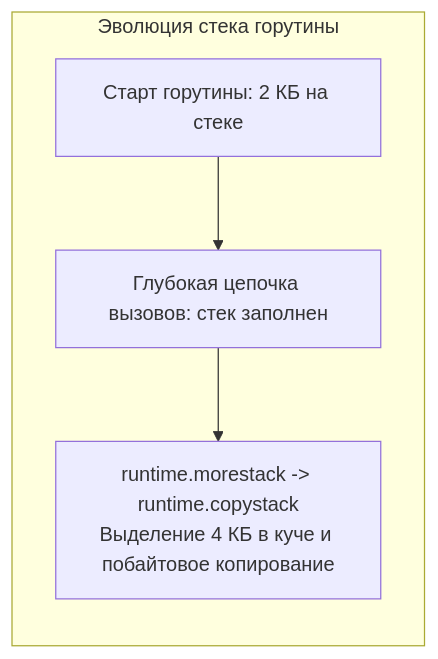
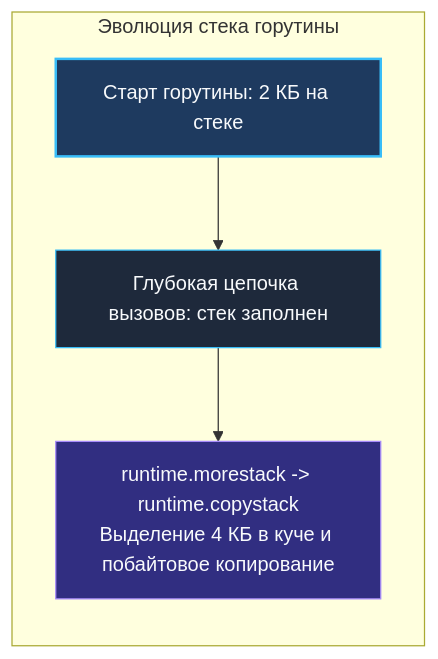
The first of 3 diagrams in sources/20. Алгоритмы и структуры данных (DSA) на Go/02. Базовые структуры данных/4. Стек.md (UnrealTemplier/go-textbook), drawn with Mermaid before and after one commit. The commit also changed other lines of this file and 1666 other files, not shown here.

First line of the commit message:
feat(mermaid): add semantic color classDef to 1369 colorless flowchart/graph diagrams

````diff
--- a/sources/20. Алгоритмы и структуры данных (DSA) на Go/02. Базовые структуры данных/4. Стек.md
+++ b/sources/20. Алгоритмы и структуры данных (DSA) на Go/02. Базовые структуры данных/4. Стек.md
@@ -19,11 +19,21 @@
 ```mermaid
 flowchart TD
+    classDef process  fill:#1e293b,stroke:#38bdf8,stroke-width:1px,color:#f8fafc
+    classDef success  fill:#064e3b,stroke:#34d399,stroke-width:1px,color:#f8fafc
+    classDef error    fill:#7f1d1d,stroke:#f87171,stroke-width:1px,color:#f8fafc
+    classDef warning  fill:#78350f,stroke:#fbbf24,stroke-width:1px,color:#f8fafc
+    classDef entry    fill:#1e3a5f,stroke:#38bdf8,stroke-width:2px,color:#f8fafc
+    classDef aux      fill:#334155,stroke:#64748b,stroke-width:1px,color:#f8fafc
+    classDef system   fill:#312e81,stroke:#a78bfa,stroke-width:1px,color:#f8fafc
+    classDef data     fill:#132d29,stroke:#2dd4bf,stroke-width:1px,color:#f8fafc
+    classDef network  fill:#881337,stroke:#fb7185,stroke-width:1px,color:#f8fafc
+    classDef accent   fill:#1e1b4b,stroke:#818cf8,stroke-width:1px,color:#f8fafc
     subgraph GoroutineStack["Эволюция стека горутины"]
         direction TB
-        s1["Старт горутины: 2 КБ на стеке"]
-        s2["Глубокая цепочка вызовов: стек заполнен"]
-        s3["runtime.morestack -> runtime.copystack<br/>Выделение 4 КБ в куче и побайтовое копирование"]
+        s1["Старт горутины: 2 КБ на стеке"]:::entry
+        s2["Глубокая цепочка вызовов: стек заполнен"]:::process
+        s3["runtime.morestack -> runtime.copystack<br/>Выделение 4 КБ в куче и побайтовое копирование"]:::system
     end
 
     s1 --> s2 --> s3
 ```
````
